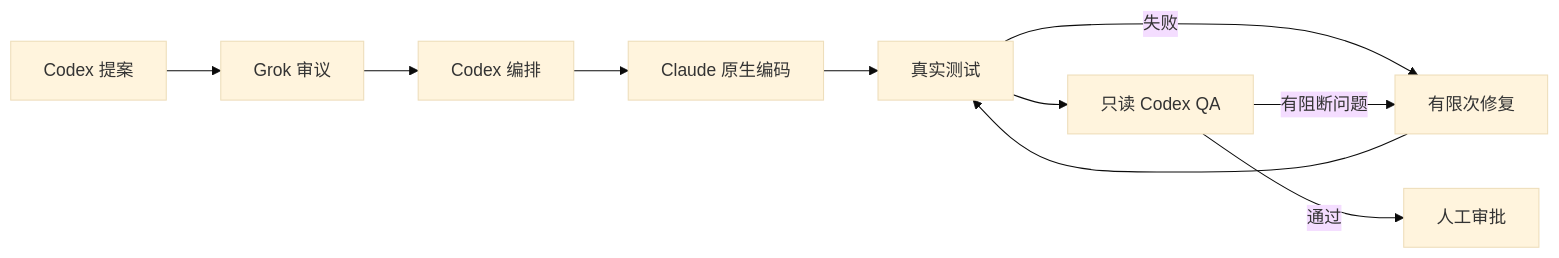
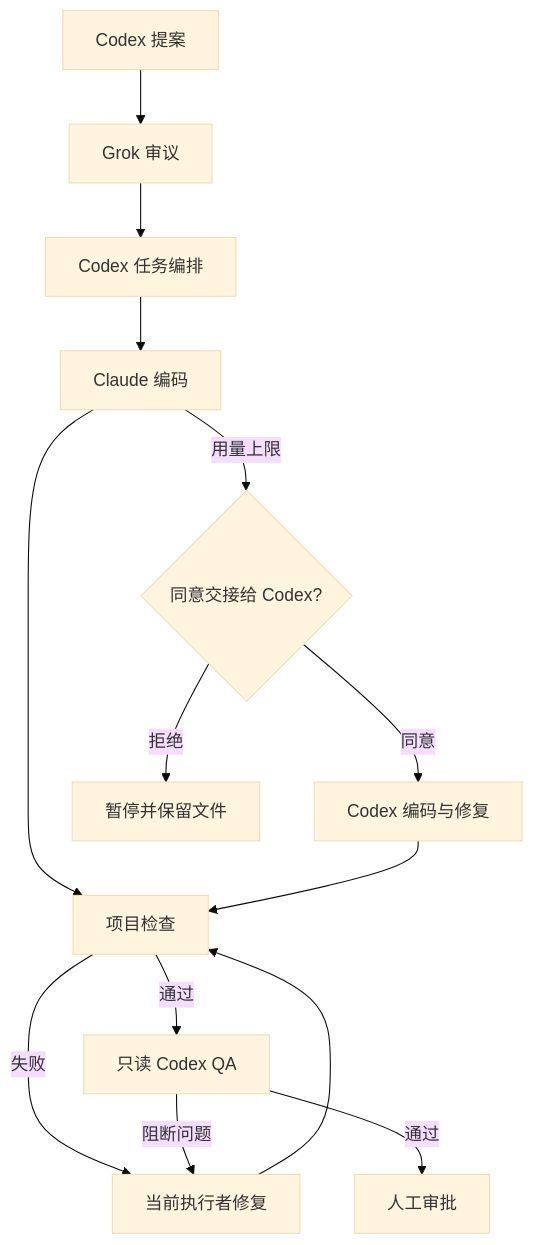
The diagram in README.zh-CN.md (radowitz/concord-plugin), drawn with Mermaid (base theme) before and after one commit. The commit also changed other lines of this file and 3 other files, not shown here.

````diff
--- a/README.zh-CN.md
+++ b/README.zh-CN.md
@@ -7,12 +61,14 @@
 ```mermaid
-flowchart LR
-  A[Codex 提案] --> B[Grok 审议]
-  B --> C[Codex 编排]
-  C --> D[Claude 原生编码]
-  D --> E[真实测试]
-  E -->|失败| G[有限次修复]
-  E --> F[只读 Codex QA]
-  F -->|有阻断问题| G[有限次修复]
-  G --> E
-  F -->|通过| H[人工审批]
+flowchart TD
+  P[Codex 提案] --> R[Grok 审议] --> L[Codex 任务编排] --> C[Claude 编码]
+  C --> T[项目检查]
+  C -->|用量上限| U{同意交接给 Codex?}
+  U -->|同意| X[Codex 编码与修复]
+  U -->|拒绝| S[暂停并保留文件]
+  X --> T
+  T -->|通过| Q[只读 Codex QA]
+  T -->|失败| F[当前执行者修复]
+  Q -->|阻断问题| F
+  F --> T
+  Q -->|通过| H[人工审批]
 ```
````
